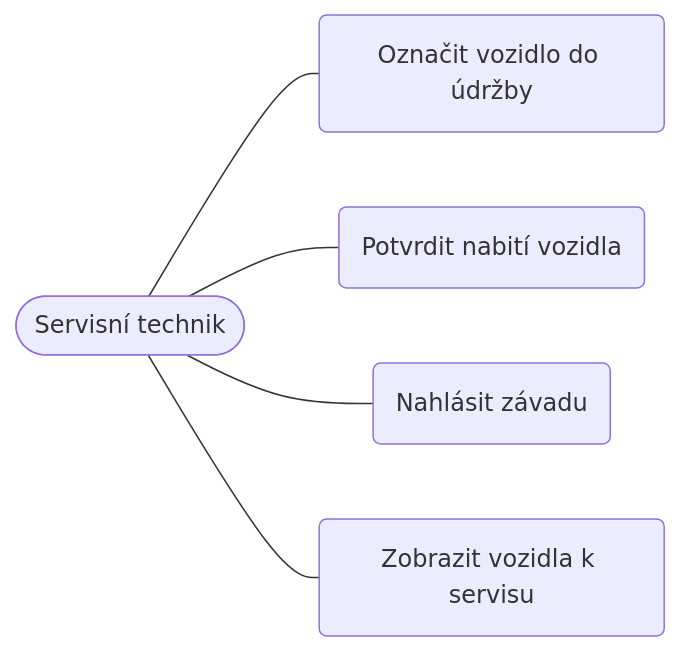
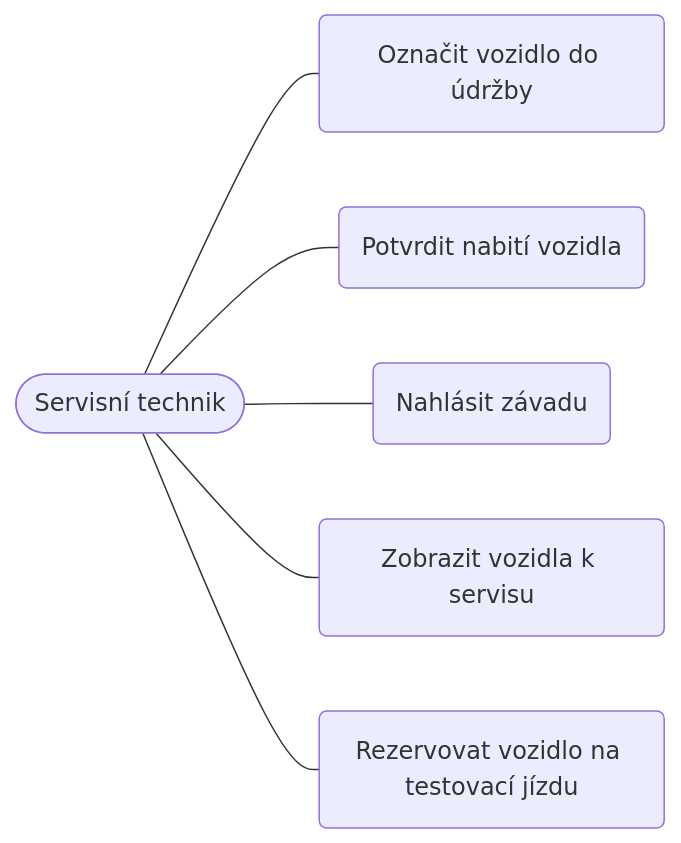
One commit to jacobcpp/KSWI changed the third of 12 diagrams in report/01_pozadavky.md. Above: the diagram before and after it, drawn with Mermaid. The commit also changed other lines of this file and 4 other files, not shown here.

First line of the commit message:
Vyres issue #2 (K3): technik smi rezervovat vozidlo jako testovaci jizdu

````diff
--- a/report/01_pozadavky.md
+++ b/report/01_pozadavky.md
@@ -73,12 +74,14 @@
 ```mermaid
 graph LR
     T([Servisní technik])
     TC1(Označit vozidlo do údržby)
     TC2(Potvrdit nabití vozidla)
     TC3(Nahlásit závadu)
     TC4(Zobrazit vozidla k servisu)
+    TC5(Rezervovat vozidlo na testovací jízdu)
     T --- TC1
     T --- TC2
     T --- TC3
     T --- TC4
+    T --- TC5
 ```
````
